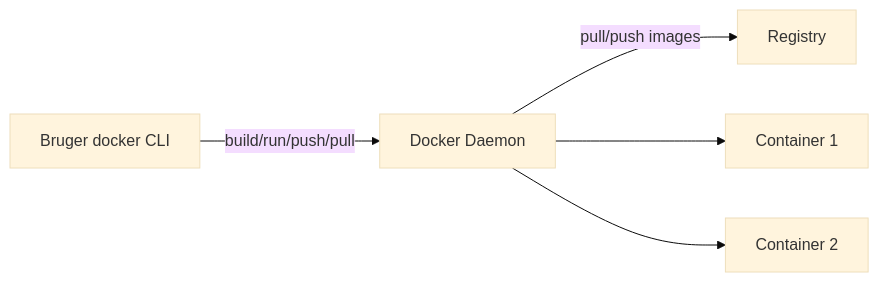
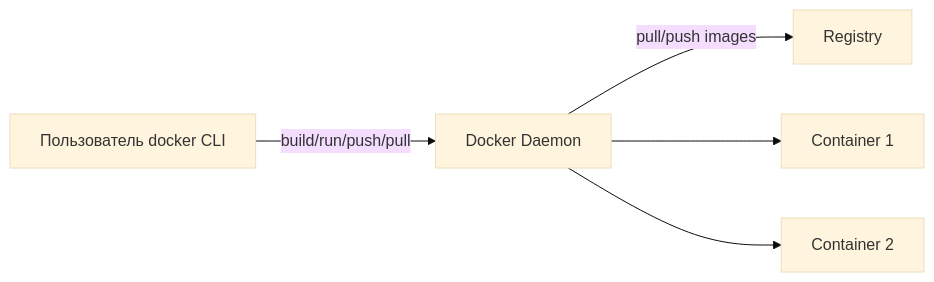
The second of 4 diagrams in docs/notes/day6-docker-dockerfile.md (Mercantec-GHC/deploy-or-die-anbo0005), drawn with Mermaid (base theme) before and after one commit. The commit also changed other lines of this file and 8 other files, not shown here.

````diff
--- a/docs/notes/day6-docker-dockerfile.md
+++ b/docs/notes/day6-docker-dockerfile.md
@@ -119,7 +119,7 @@
 ```mermaid
 graph LR
-    U[Bruger docker CLI] -->|build/run/push/pull| D[Docker Daemon]
+    U[Пользователь docker CLI] -->|build/run/push/pull| D[Docker Daemon]
     D -->|pull/push images| R[Registry]
     D --> C1[Container 1]
     D --> C2[Container 2]
 ```
````
